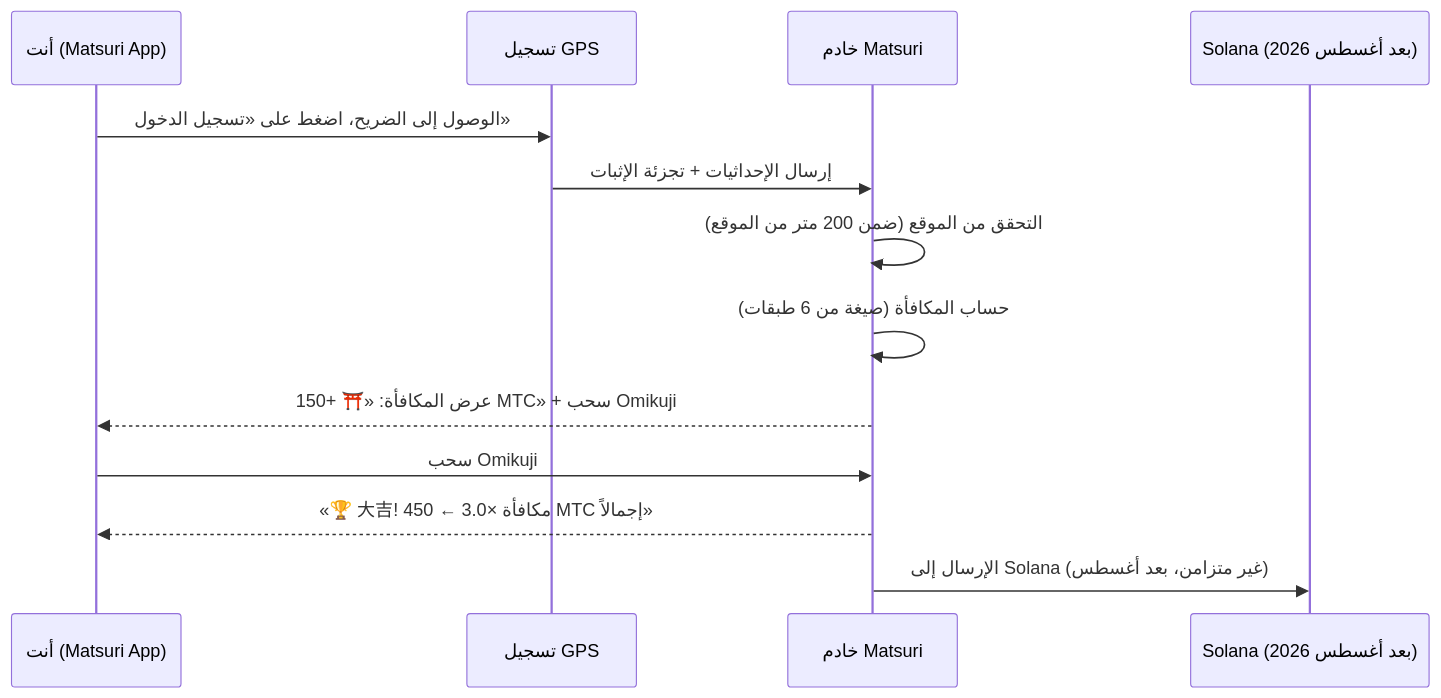
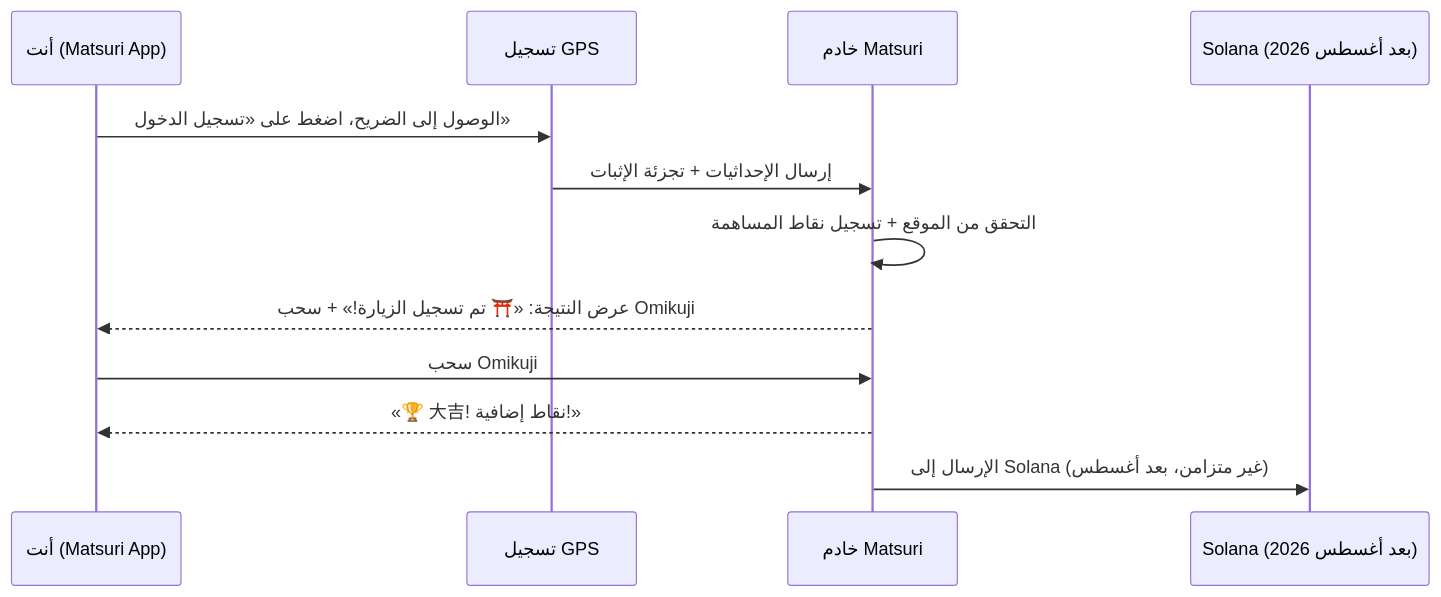
The second of 3 diagrams in i18n/ar/docusaurus-plugin-content-docs/current/04b-how-to-earn.md (Cootakahashi/matsuri-dao-whitepaper), drawn with Mermaid before and after one commit. The commit also changed other lines of this file and 51 other files, not shown here.

````diff
--- a/i18n/ar/docusaurus-plugin-content-docs/current/04b-how-to-earn.md
+++ b/i18n/ar/docusaurus-plugin-content-docs/current/04b-how-to-earn.md
@@ -76,16 +76,15 @@
 ```mermaid
 sequenceDiagram
     participant U as أنت (Matsuri App)
     participant GPS as تسجيل GPS
     participant API as خادم Matsuri
     participant SC as Solana (بعد أغسطس 2026)
 
     U->>GPS: الوصول إلى الضريح، اضغط على «تسجيل الدخول»
     GPS->>API: إرسال الإحداثيات + تجزئة الإثبات
-    API->>API: التحقق من الموقع (ضمن 200 متر من الموقع)
-    API->>API: حساب المكافأة (صيغة من 6 طبقات)
-    API-->>U: عرض المكافأة: «⛩️ +150 MTC» + سحب Omikuji
+    API->>API: التحقق من الموقع + تسجيل نقاط المساهمة
+    API-->>U: عرض النتيجة: «⛩️ تم تسجيل الزيارة!» + سحب Omikuji
     U->>API: سحب Omikuji
-    API-->>U: «🏆 大吉! مكافأة ×3.0 ← 450 MTC إجمالاً»
+    API-->>U: «🏆 大吉! نقاط إضافية!»
     API->>SC: الإرسال إلى Solana (غير متزامن، بعد أغسطس)
 ```
````
